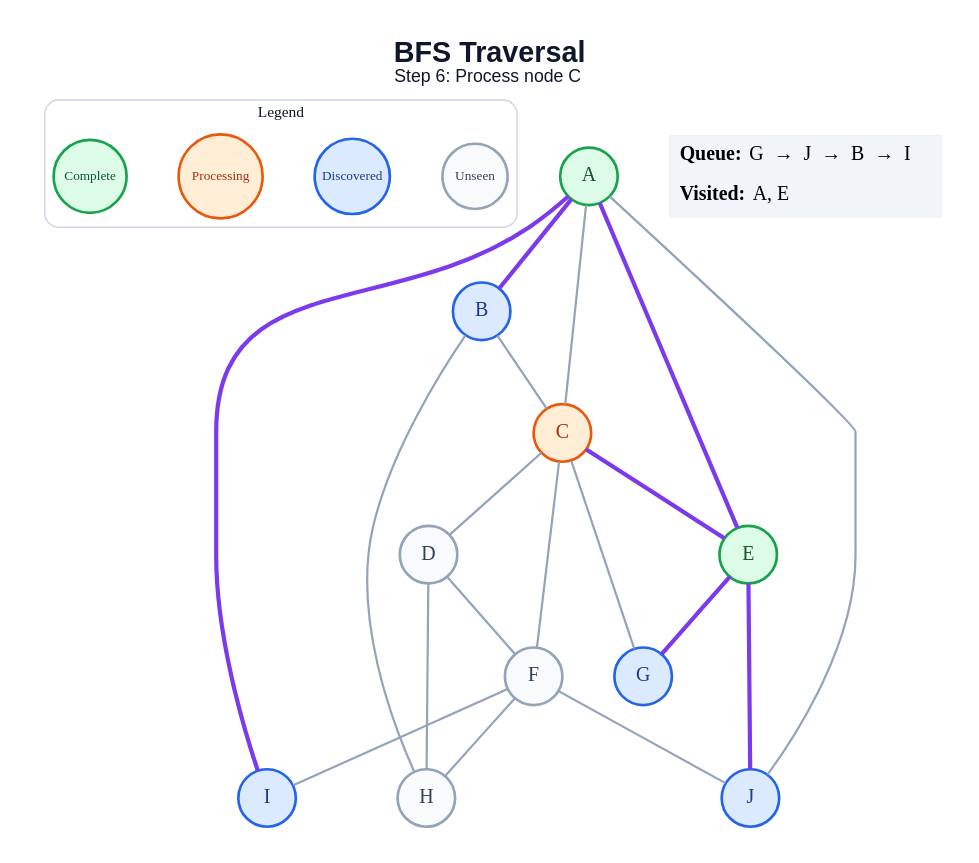
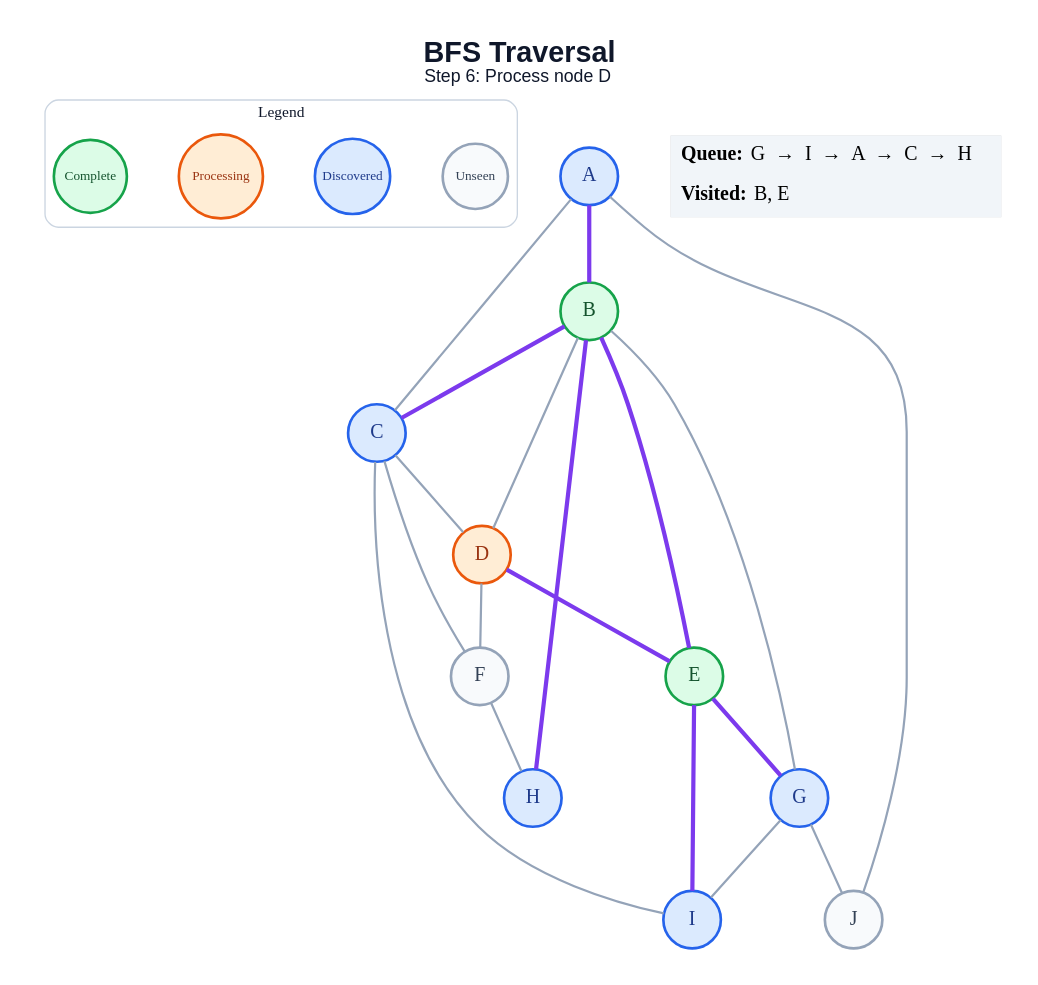
One commit to amanghodawala9/ai-slop changed the diagram in generated/specific-node/bfs/step_06.dot. Above: the diagram before and after it, drawn with Graphviz. The commit also changed 178 other files, not shown here.

```diff
--- a/generated/specific-node/bfs/step_06.dot
+++ b/generated/specific-node/bfs/step_06.dot
@@ -1,47 +1,47 @@
 graph traversal {
   graph [layout=dot, rankdir=TB, bgcolor="#FFFFFF", pad="0.35", nodesep="0.65", ranksep="0.8", fontname="Arial"];
   node [shape=circle, style="filled", fontname="Arial Bold", fontsize=18, width=0.72, fixedsize=true, penwidth=2.4];
   edge [color="#94A3B8", penwidth=2.0];
-  label=<<B>BFS Traversal</B><BR/><FONT POINT-SIZE="16">Step 6: Process node C</FONT>>; labelloc="t"; fontsize=26; fontname="Arial"; fontcolor="#0F172A";
+  label=<<B>BFS Traversal</B><BR/><FONT POINT-SIZE="16">Step 6: Process node D</FONT>>; labelloc="t"; fontsize=26; fontname="Arial"; fontcolor="#0F172A";
   subgraph cluster_legend { label="Legend"; color="#CBD5E1"; penwidth=1.2; style="rounded"; fontsize=14; fontname="Arial Bold";
     key_unseen [label="Unseen", fillcolor="#F8FAFC", color="#94A3B8", fontcolor="#334155", fontsize=12, width=0.82];
     key_frontier [label="Discovered", fillcolor="#DBEAFE", color="#2563EB", fontcolor="#1E3A8A", fontsize=12, width=0.95];
     key_current [label="Processing", fillcolor="#FFEDD5", color="#EA580C", fontcolor="#9A3412", fontsize=12, width=1.05];
     key_done [label="Complete", fillcolor="#DCFCE7", color="#16A34A", fontcolor="#14532D", fontsize=12, width=0.92];
     { rank=same; key_unseen; key_frontier; key_current; key_done; }
   }
-  A [fillcolor="#DCFCE7", color="#16A34A", fontcolor="#14532D"];
-  B [fillcolor="#DBEAFE", color="#2563EB", fontcolor="#1E3A8A"];
-  C [fillcolor="#FFEDD5", color="#EA580C", fontcolor="#9A3412"];
-  D [fillcolor="#F8FAFC", color="#94A3B8", fontcolor="#334155"];
+  A [fillcolor="#DBEAFE", color="#2563EB", fontcolor="#1E3A8A"];
+  B [fillcolor="#DCFCE7", color="#16A34A", fontcolor="#14532D"];
+  C [fillcolor="#DBEAFE", color="#2563EB", fontcolor="#1E3A8A"];
+  D [fillcolor="#FFEDD5", color="#EA580C", fontcolor="#9A3412"];
   E [fillcolor="#DCFCE7", color="#16A34A", fontcolor="#14532D"];
   F [fillcolor="#F8FAFC", color="#94A3B8", fontcolor="#334155"];
   G [fillcolor="#DBEAFE", color="#2563EB", fontcolor="#1E3A8A"];
-  H [fillcolor="#F8FAFC", color="#94A3B8", fontcolor="#334155"];
+  H [fillcolor="#DBEAFE", color="#2563EB", fontcolor="#1E3A8A"];
   I [fillcolor="#DBEAFE", color="#2563EB", fontcolor="#1E3A8A"];
-  J [fillcolor="#DBEAFE", color="#2563EB", fontcolor="#1E3A8A"];
+  J [fillcolor="#F8FAFC", color="#94A3B8", fontcolor="#334155"];
   A -- B [color="#7C3AED", penwidth=3.8];
   A -- C;
-  A -- E [color="#7C3AED", penwidth=3.8];
-  A -- I [color="#7C3AED", penwidth=3.8];
   A -- J;
-  B -- C;
-  B -- H;
+  B -- C [color="#7C3AED", penwidth=3.8];
+  B -- D;
+  B -- E [color="#7C3AED", penwidth=3.8];
+  B -- G;
+  B -- H [color="#7C3AED", penwidth=3.8];
   C -- D;
-  C -- E [color="#7C3AED", penwidth=3.8];
   C -- F;
-  C -- G;
+  C -- I;
+  D -- E [color="#7C3AED", penwidth=3.8];
   D -- F;
-  D -- H;
   E -- G [color="#7C3AED", penwidth=3.8];
-  E -- J [color="#7C3AED", penwidth=3.8];
+  E -- I [color="#7C3AED", penwidth=3.8];
   F -- H;
-  F -- I;
-  F -- J;
+  G -- I;
+  G -- J;
   status [shape=plain, fixedsize=false, width=0, height=0, margin=0, label=<
     <TABLE BORDER="0" CELLBORDER="0" CELLPADDING="7" BGCOLOR="#F1F5F9">
-      <TR><TD ALIGN="LEFT"><B>Queue:</B> G  →  J  →  B  →  I</TD></TR>
-      <TR><TD ALIGN="LEFT"><B>Visited:</B> A, E</TD></TR>
+      <TR><TD ALIGN="LEFT"><B>Queue:</B> G  →  I  →  A  →  C  →  H</TD></TR>
+      <TR><TD ALIGN="LEFT"><B>Visited:</B> B, E</TD></TR>
     </TABLE>
   >];
 }
```
